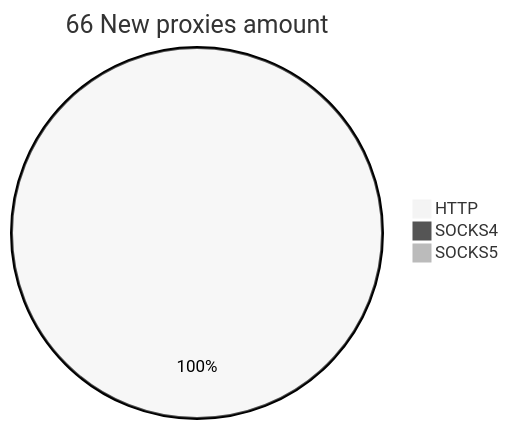
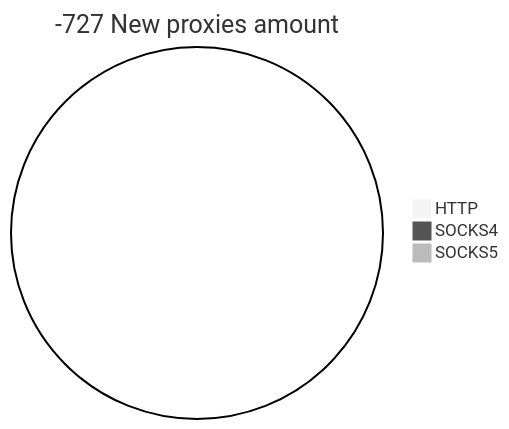
One commit to cutipu/proxylist changed the second of 2 diagrams in README.md. Above: the diagram before and after it, drawn with Mermaid (neutral theme). The commit also changed other lines of this file, not shown here.

````diff
--- a/README.md
+++ b/README.md
@@ -10,6 +10,6 @@
 ```mermaid
-pie title 66 New proxies amount
-    "HTTP" : 166
+pie title -727 New proxies amount
+    "HTTP" : 0
     "SOCKS4" : 0
     "SOCKS5" : 0
 ```
````
